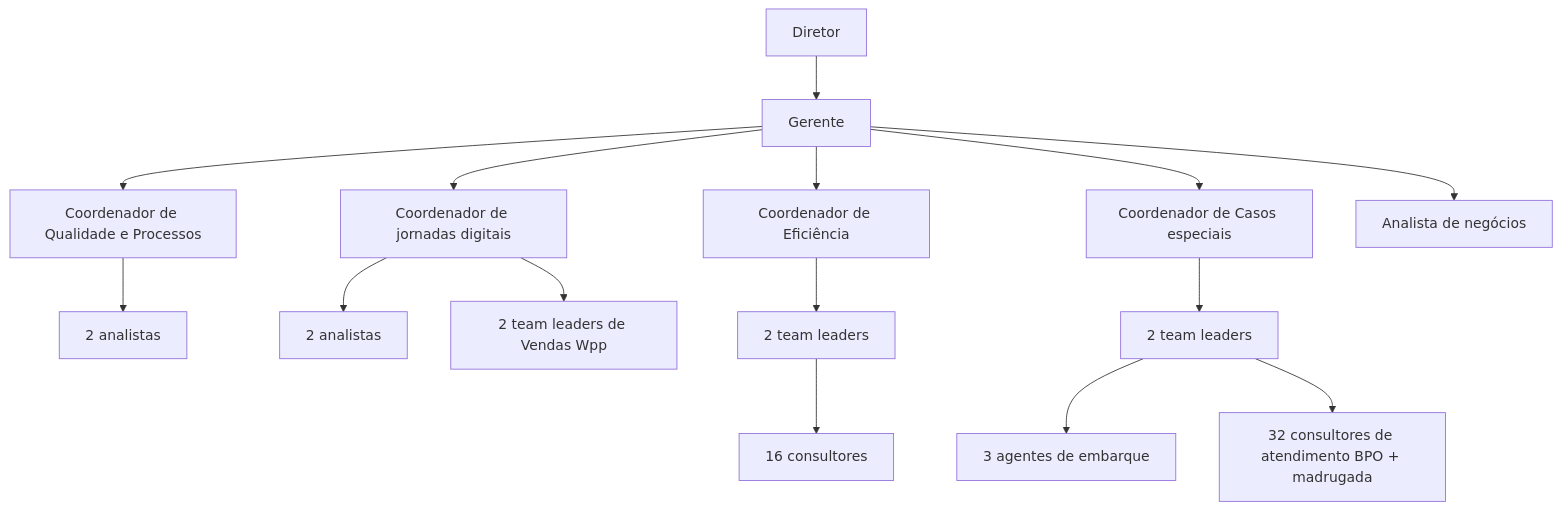
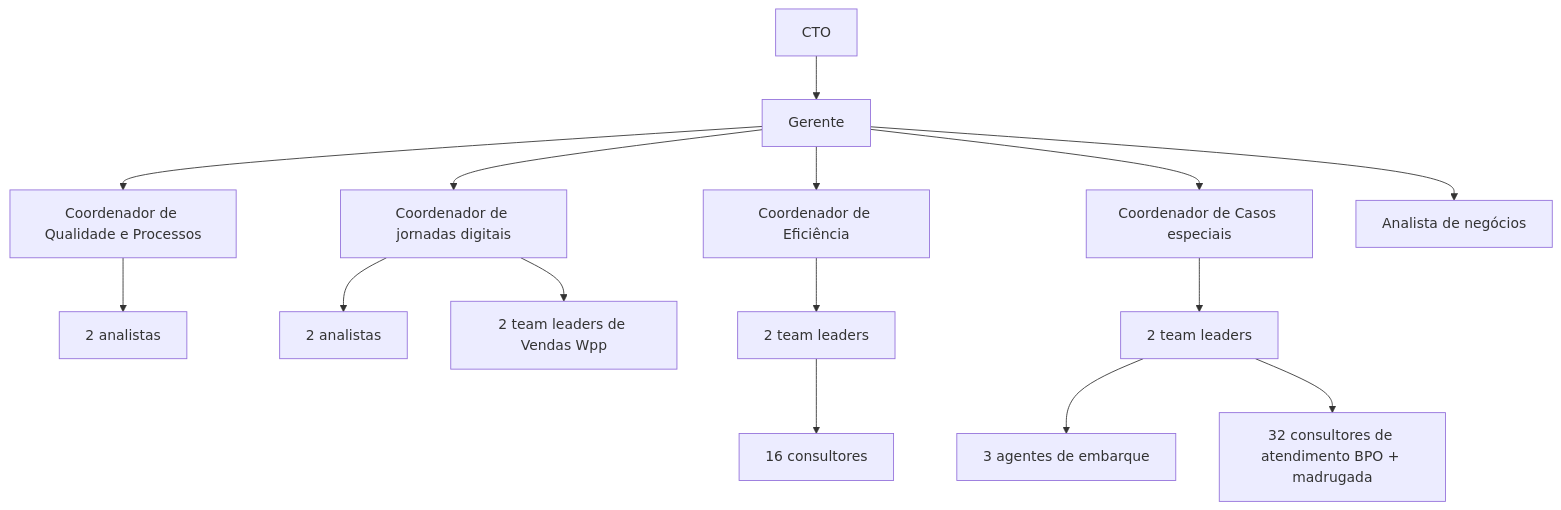
The diagram in README.md (enolialcantara-ux/org-chart-bx), drawn with Mermaid before and after one commit.

````diff
--- a/README.md
+++ b/README.md
@@ -1,18 +1,18 @@
 ```mermaid
 flowchart TD
-    CEO[Diretor] --> GER[Gerente]
+    CTO[CTO] --> GER[Gerente]
     GER --> C1[Coordenador de Qualidade e Processos]
     GER --> C2[Coordenador de jornadas digitais]
     GER --> C3[Coordenador de Eficiência]
     GER --> C4[Coordenador de Casos especiais]
     GER --> C5[Analista de negócios]
     C1 --> A1[2 analistas]
     C2 --> A2[2 analistas]
     C2 --> A3[2 team leaders de Vendas Wpp]
     C3 --> A4[2 team leaders]
     C4 --> A5[2 team leaders]
     A4 --> D1[16 consultores]
     A5 --> D2[3 agentes de embarque]
     A5 --> D3[32 consultores de atendimento BPO + madrugada]
     
 ```
````
